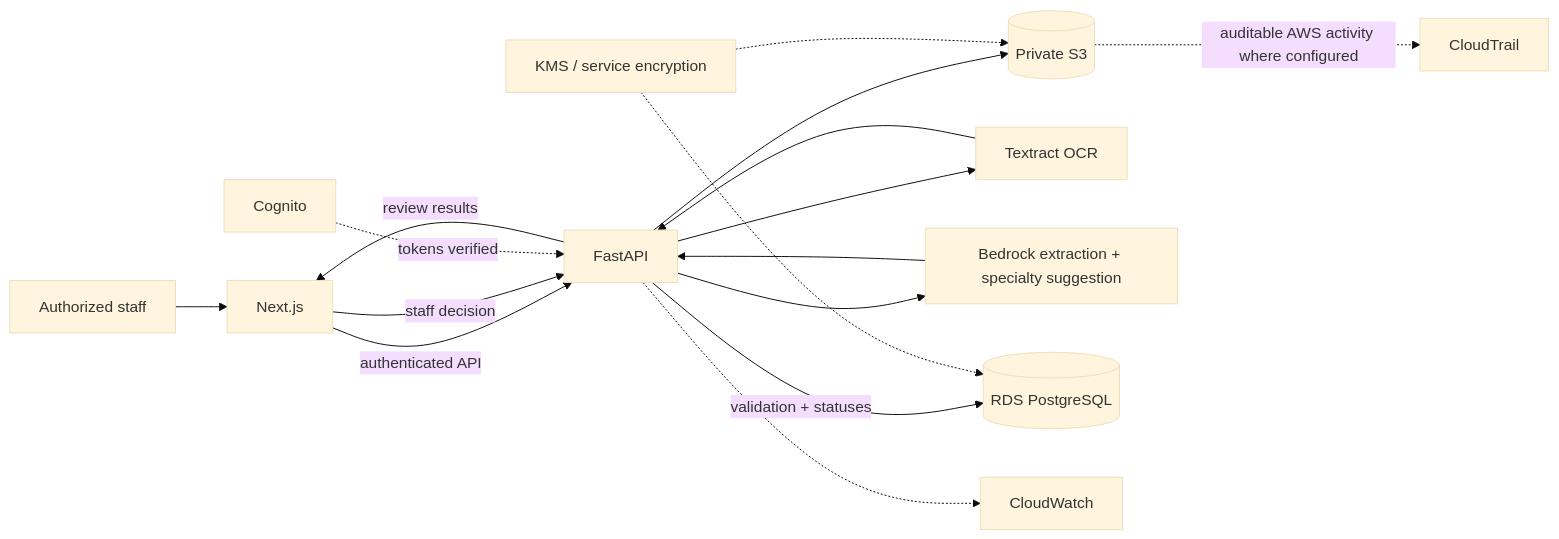
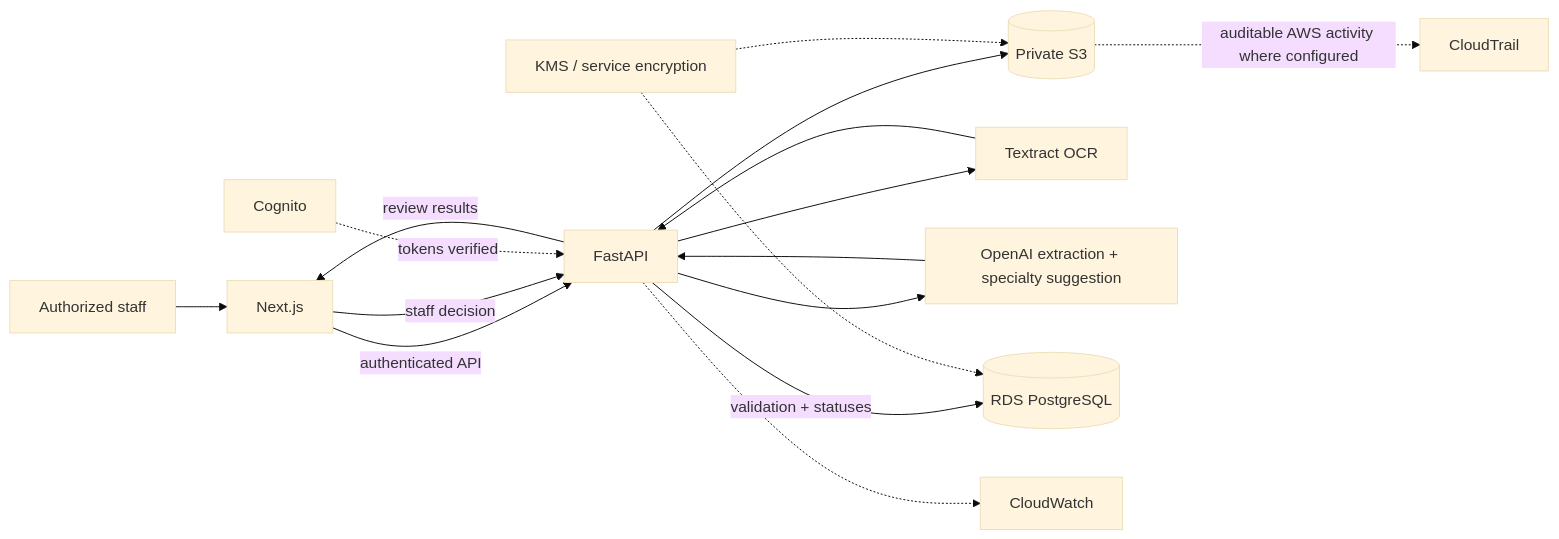
The diagram in README.md (aseefdurrani/Healthcare-Referral-Intake-Processing), drawn with Mermaid (base theme) before and after one commit. The commit also changed other lines of this file and 23 other files, not shown here.

````diff
--- a/README.md
+++ b/README.md
@@ -62,18 +64,18 @@
 ```mermaid
 flowchart LR
     Staff[Authorized staff] --> UI[Next.js]
     UI -->|authenticated API| API[FastAPI]
     API --> S3[(Private S3)]
     API --> TXT[Textract OCR]
     TXT --> API
-    API --> LLM[Bedrock extraction + specialty suggestion]
+    API --> LLM[OpenAI extraction + specialty suggestion]
     LLM --> API
     API -->|validation + statuses| DB[(RDS PostgreSQL)]
     API -->|review results| UI
     UI -->|staff decision| API
     Cognito[Cognito] -.->|tokens verified| API
     KMS[KMS / service encryption] -.-> S3
     KMS -.-> DB
     API -.-> Logs[CloudWatch]
     S3 -.->|auditable AWS activity where configured| Trail[CloudTrail]
 ```
````
